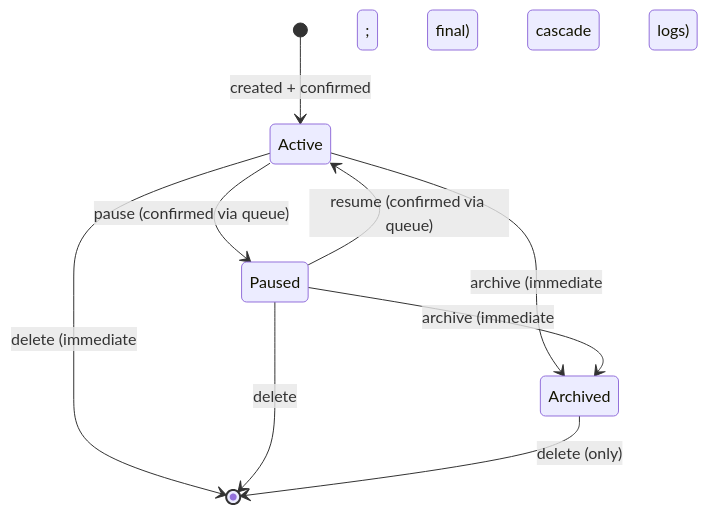
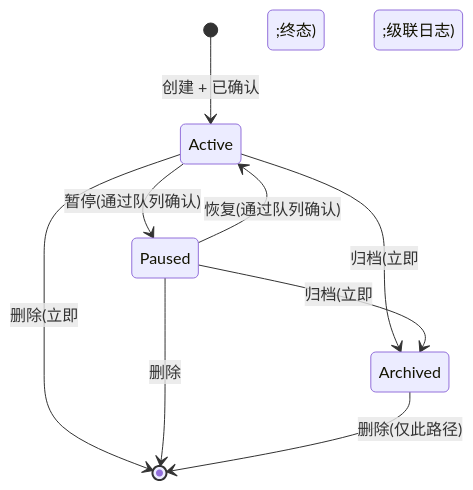
Before and after one commit to sequencestream/c3: the first of 2 diagrams in doc/domains/core/automations/automations-spec.md, drawn with Mermaid. The commit also changed other lines of this file and 91 other files, not shown here.

````diff
--- a/doc/domains/core/automations/automations-spec.md
+++ b/doc/domains/core/automations/automations-spec.md
@@ -77,11 +75,11 @@
 ```mermaid
 stateDiagram-v2
-    [*] --> Active: created + confirmed
-    Active --> Paused: pause (confirmed via queue)
-    Paused --> Active: resume (confirmed via queue)
-    Active --> Archived: archive (immediate; final)
-    Paused --> Archived: archive (immediate; final)
-    Active --> [*]: delete (immediate; cascade logs)
-    Paused --> [*]: delete
-    Archived --> [*]: delete (only)
+    [*] --> Active: 创建 + 已确认
+    Active --> Paused: 暂停(通过队列确认)
+    Paused --> Active: 恢复(通过队列确认)
+    Active --> Archived: 归档(立即;终态)
+    Paused --> Archived: 归档(立即;终态)
+    Active --> [*]: 删除(立即;级联日志)
+    Paused --> [*]: 删除
+    Archived --> [*]: 删除(仅此路径)
 ```
````
